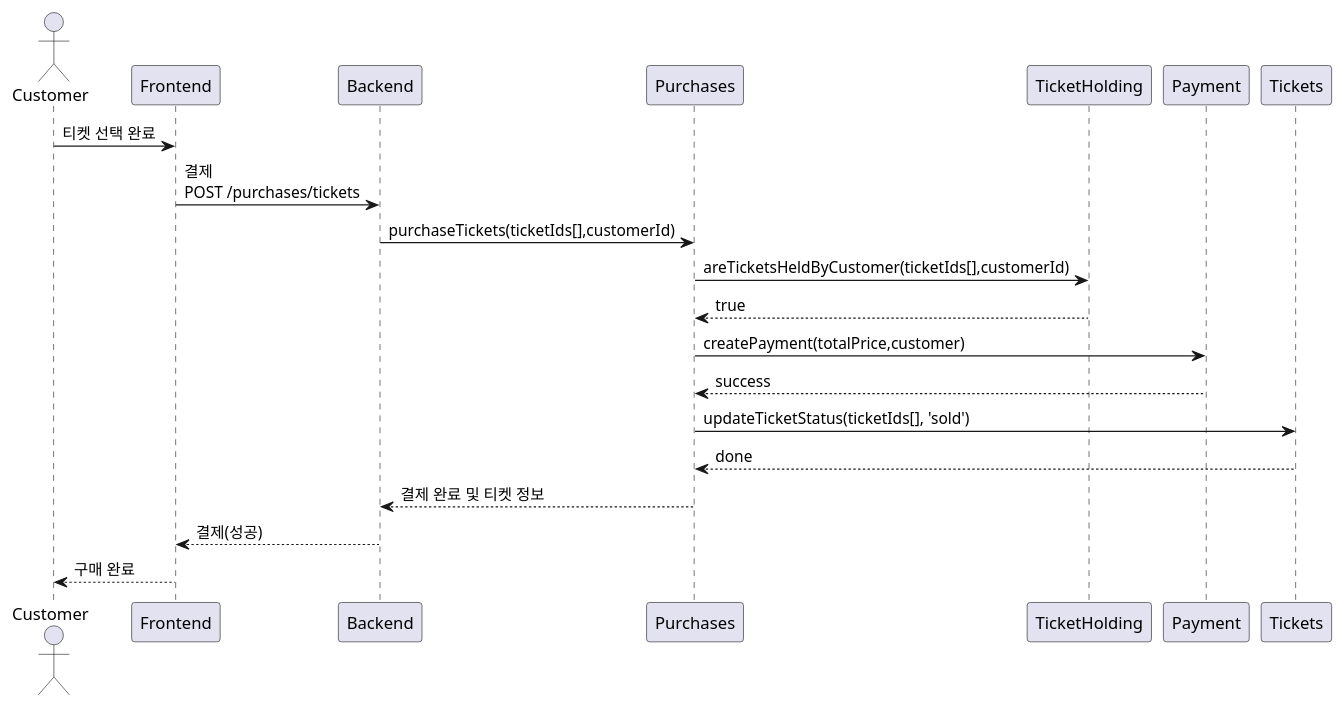
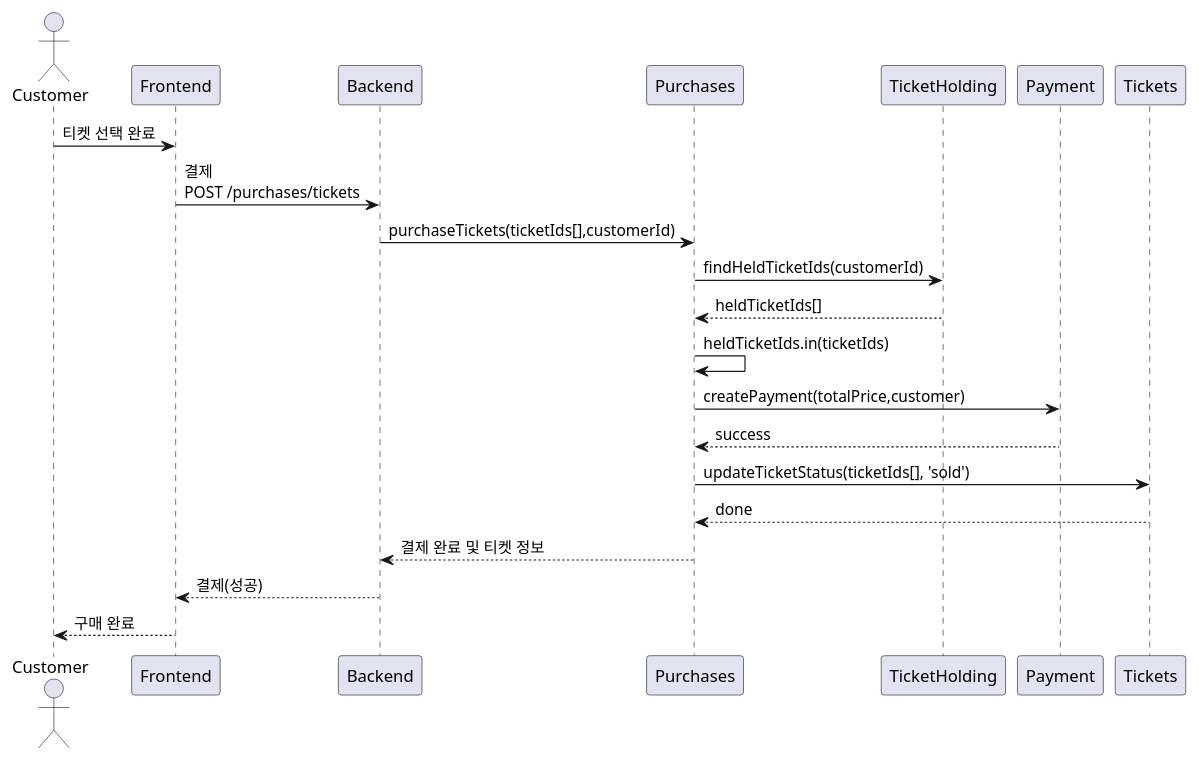
Before and after one commit to mannercode/nest-seed: the fourth of 4 diagrams in docs/tickets-purchase.md, drawn with PlantUML. The commit also changed other lines of this file and 21 other files, not shown here.

````diff
--- a/docs/tickets-purchase.md
+++ b/docs/tickets-purchase.md
@@ -171,18 +180,19 @@
 ```plantuml
 @startuml
 actor Customer
 
 Customer -> Frontend: 티켓 선택 완료
     Frontend -> Backend: 결제\nPOST /purchases/tickets
         Backend -> Purchases: purchaseTickets(ticketIds[],customerId)
-            Purchases -> TicketHolding: areTicketsHeldByCustomer(ticketIds[],customerId)
-            Purchases <-- TicketHolding: true
+            Purchases -> TicketHolding: findHeldTicketIds(customerId)
+            Purchases <-- TicketHolding: heldTicketIds[]
+            Purchases -> Purchases: heldTicketIds.in(ticketIds)
             Purchases -> Payment: createPayment(totalPrice,customer)
             Purchases <-- Payment: success
             Purchases -> Tickets: updateTicketStatus(ticketIds[], 'sold')
             Purchases <-- Tickets: done
         Backend <-- Purchases: 결제 완료 및 티켓 정보
     Frontend <-- Backend: 결제(성공)
 Customer <-- Frontend: 구매 완료
 @enduml
 ```
````
